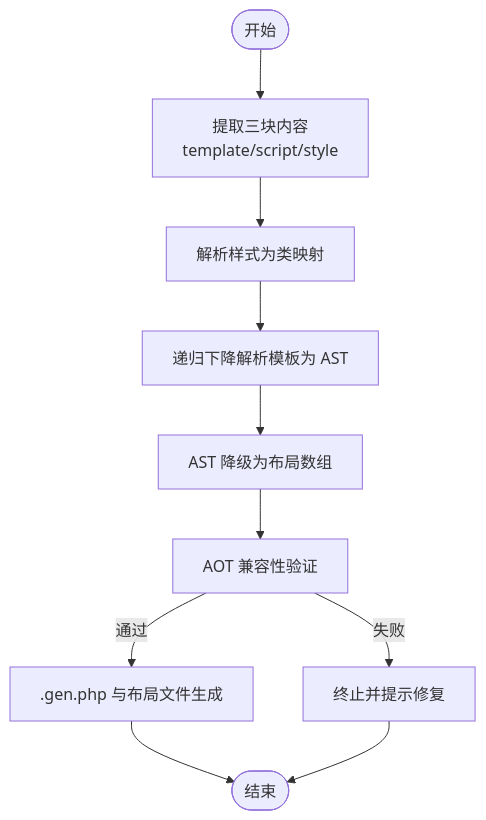
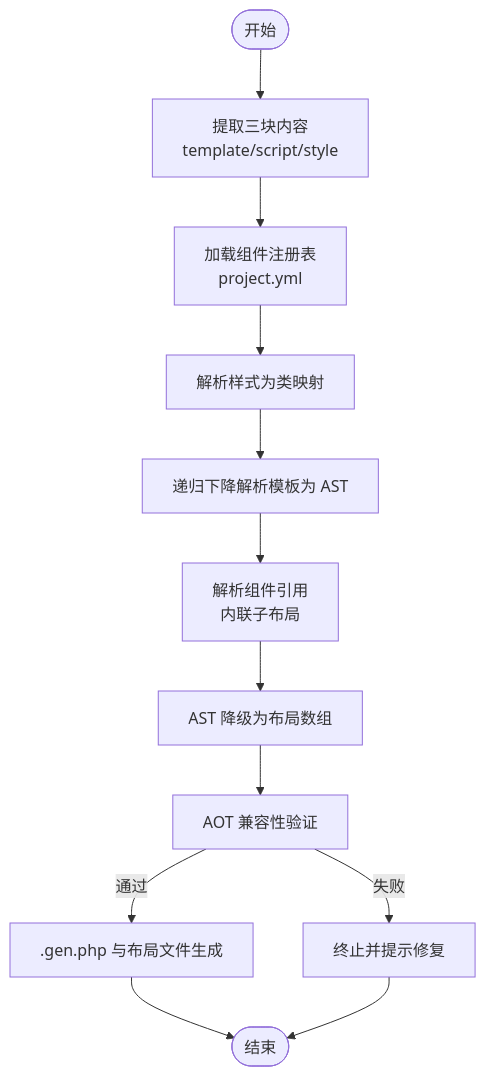
One commit to xingye00186/PHP-Data-UI-Framework-powered-by-swooleAOT changed the fourth of 8 diagrams in .qoder/repowiki/zh/content/构建和部署.md. Above: the diagram before and after it, drawn with Mermaid. The commit also changed other lines of this file and 7 other files, not shown here.

````diff
--- a/.qoder/repowiki/zh/content/构建和部署.md
+++ b/.qoder/repowiki/zh/content/构建和部署.md
@@ -115,12 +174,14 @@
 ```mermaid
 flowchart TD
 Start(["开始"]) --> Extract["提取三块内容<br/>template/script/style"]
-Extract --> Styles["解析样式为类映射"]
+Extract --> Registry["加载组件注册表<br/>project.yml"]
+Registry --> Styles["解析样式为类映射"]
 Styles --> Parse["递归下降解析模板为 AST"]
-Parse --> Lower["AST 降级为布局数组"]
+Parse --> Resolve["解析组件引用<br/>内联子布局"]
+Resolve --> Lower["AST 降级为布局数组"]
 Lower --> Validate["AOT 兼容性验证"]
 Validate --> |通过| Gen[".gen.php 与布局文件生成"]
 Validate --> |失败| Abort["终止并提示修复"]
 Gen --> End(["结束"])
 Abort --> End
 ```
````
